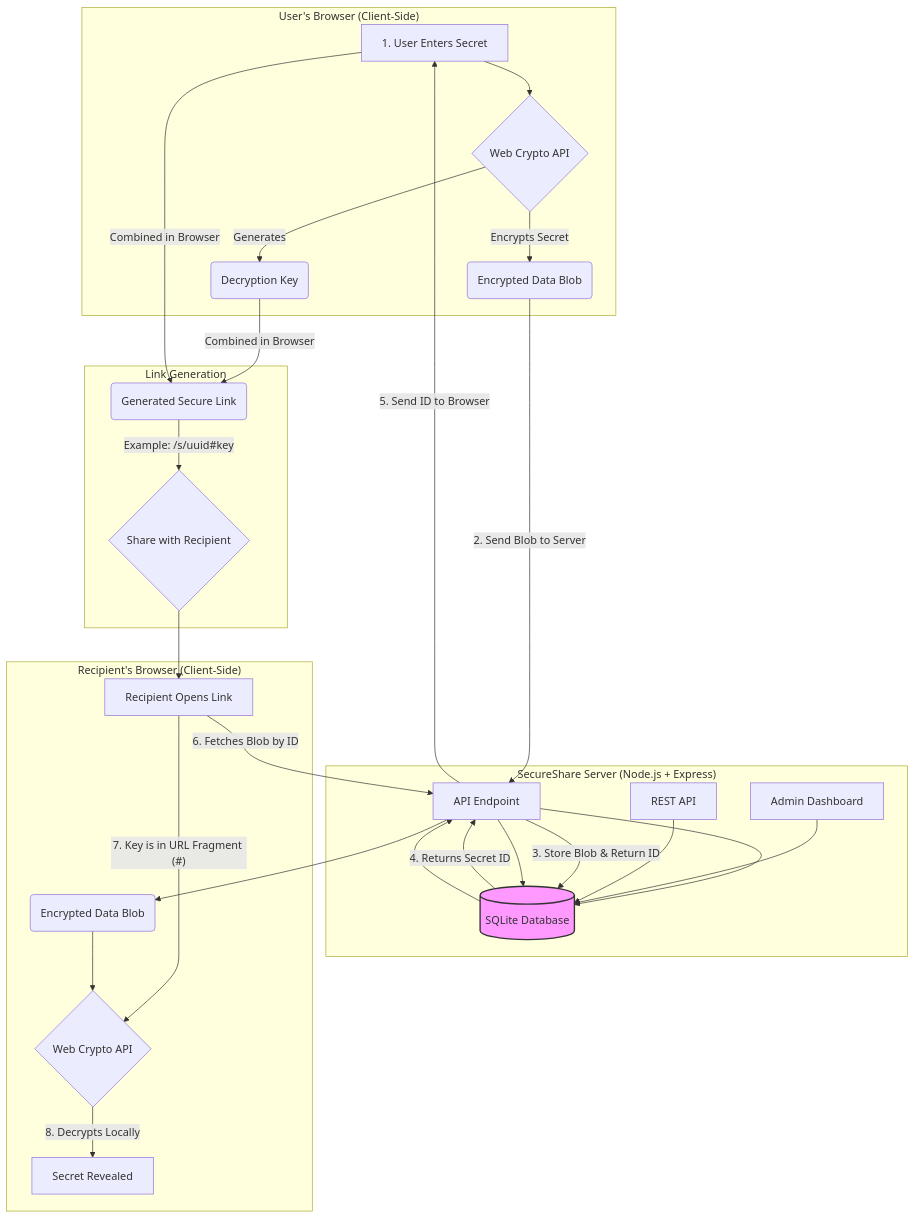
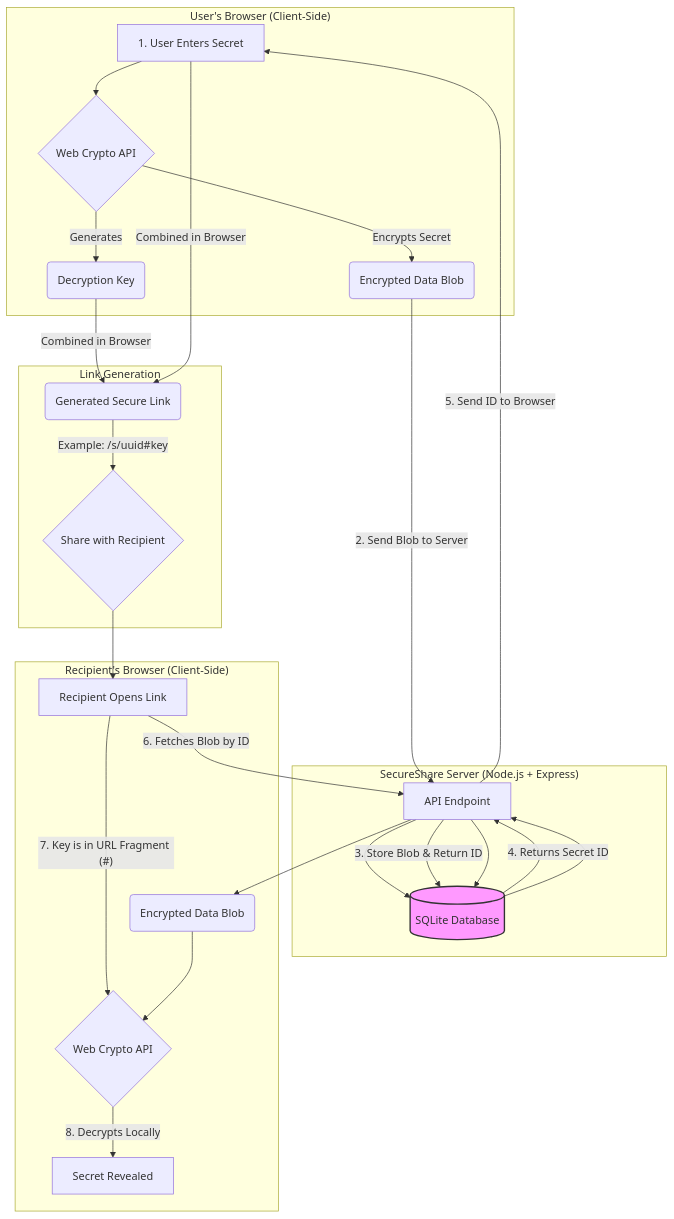
The diagram in README.md (ekos-cyber/SecureShare-app), drawn with Mermaid before and after one commit. The commit also changed other lines of this file and 16 other files, not shown here.

First line of the commit message:
Remove admin dashboard, docs, and auth

````diff
--- a/README.md
+++ b/README.md
@@ -59,39 +58,37 @@
 ```mermaid
 graph TD
     subgraph "User's Browser (Client-Side)"
         A[1. User Enters Secret] --> B{Web Crypto API};
         B -- "Generates" --> C(Decryption Key);
         B -- "Encrypts Secret" --> D(Encrypted Data Blob);
     end
 
     subgraph "SecureShare Server (Node.js + Express)"
         E[API Endpoint] --> F[(SQLite Database)];
-        G[Admin Dashboard] --> F;
-        H[REST API] --> F;
     end
 
     D -->|2. Send Blob to Server| E;
     E -->|3. Store Blob & Return ID| F;
     F -->|4. Returns Secret ID| E;
     E -->|5. Send ID to Browser| A;
 
     subgraph "Link Generation"
         C -- "Combined in Browser" --> I(Generated Secure Link);
         A -- "Combined in Browser" --> I;
         I -- "Example: /s/uuid#key" --> J{Share with Recipient};
     end
 
     J --> K[Recipient Opens Link];
 
     subgraph "Recipient's Browser (Client-Side)"
         K -- "6. Fetches Blob by ID" --> E;
         E --> F;
         F --> E;
         E --> L(Encrypted Data Blob);
         K -- "7. Key is in URL Fragment (#)" --> M{Web Crypto API};
         L --> M;
         M -->|8. Decrypts Locally| N[Secret Revealed];
     end
 
     style F fill:#f9f,stroke:#333,stroke-width:2px
 ```
````
